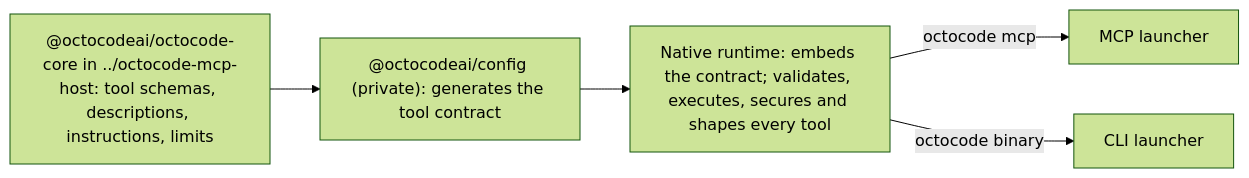
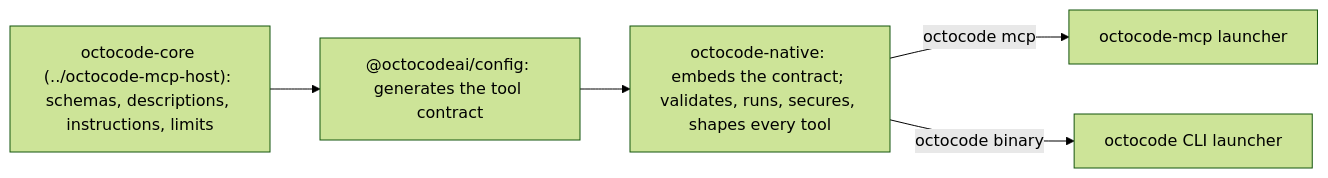
The diagram in AGENTS.md (bgauryy/octocode), drawn with Mermaid (forest theme) before and after one commit. The commit also changed other lines of this file and 681 other files, not shown here.

````diff
--- a/AGENTS.md
+++ b/AGENTS.md
@@ -21,9 +16,9 @@
 ```mermaid
 flowchart LR
-  core["@octocodeai/octocode-core in ../octocode-mcp-host: tool schemas, descriptions, instructions, limits"]
-  config["@octocodeai/config (private): generates the tool contract"]
-  native["Native runtime: embeds the contract; validates, executes, secures and shapes every tool"]
+  core["octocode-core (../octocode-mcp-host): schemas, descriptions, instructions, limits"]
+  config["@octocodeai/config: generates the tool contract"]
+  native["octocode-native: embeds the contract; validates, runs, secures, shapes every tool"]
   core --> config --> native
-  native -- "octocode mcp" --> mcp[MCP launcher]
-  native -- octocode binary --> cli[CLI launcher]
+  native -- "octocode mcp" --> mcp["octocode-mcp launcher"]
+  native -- "octocode binary" --> cli["octocode CLI launcher"]
 ```
````
